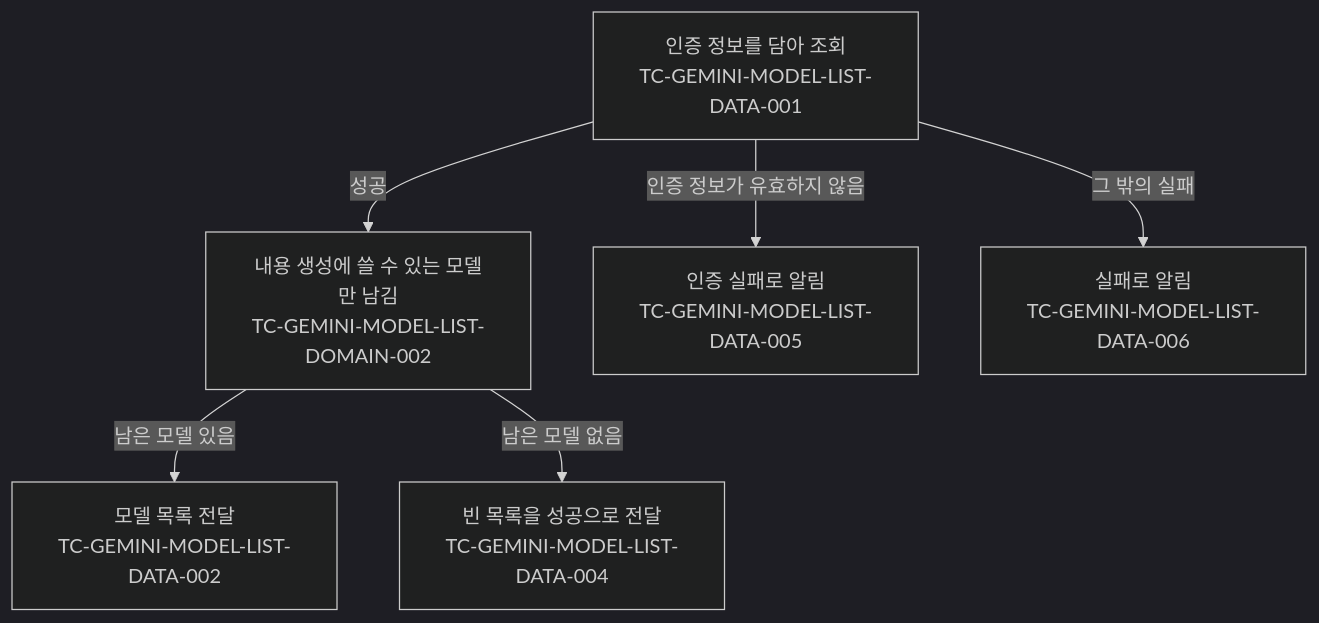
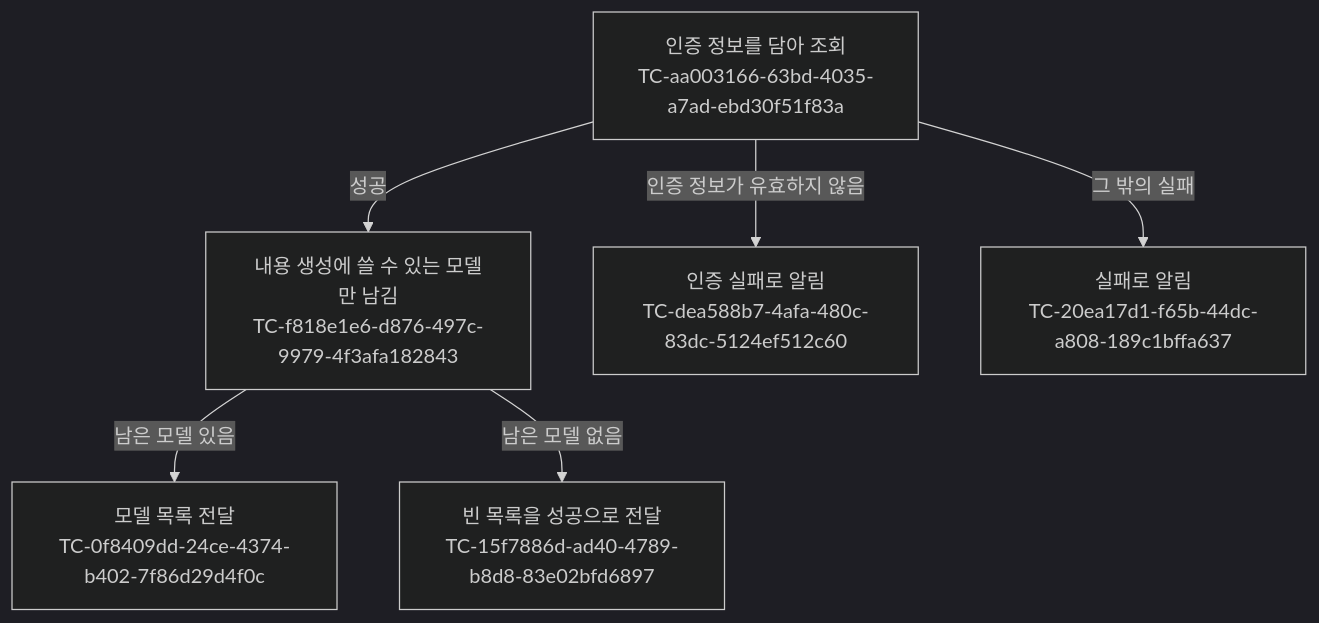
The diagram in docs/testcase/gemini-model-list.md (taetae98coding/DiaryKMP), drawn with Mermaid (dark theme) before and after one commit. The commit also changed other lines of this file and 1177 other files, not shown here.

````diff
--- a/docs/testcase/gemini-model-list.md
+++ b/docs/testcase/gemini-model-list.md
@@ -122,8 +122,8 @@
 ```mermaid
 flowchart TD
-    Call["인증 정보를 담아 조회<br/>TC-GEMINI-MODEL-LIST-DATA-001"] -- "성공" --> Filter["내용 생성에 쓸 수 있는 모델만 남김<br/>TC-GEMINI-MODEL-LIST-DOMAIN-002"]
-    Filter -- "남은 모델 있음" --> Res["모델 목록 전달<br/>TC-GEMINI-MODEL-LIST-DATA-002"]
-    Filter -- "남은 모델 없음" --> Empty["빈 목록을 성공으로 전달<br/>TC-GEMINI-MODEL-LIST-DATA-004"]
-    Call -- "인증 정보가 유효하지 않음" --> Auth["인증 실패로 알림<br/>TC-GEMINI-MODEL-LIST-DATA-005"]
-    Call -- "그 밖의 실패" --> Other["실패로 알림<br/>TC-GEMINI-MODEL-LIST-DATA-006"]
+    Call["인증 정보를 담아 조회<br/>TC-aa003166-63bd-4035-a7ad-ebd30f51f83a"] -- "성공" --> Filter["내용 생성에 쓸 수 있는 모델만 남김<br/>TC-f818e1e6-d876-497c-9979-4f3afa182843"]
+    Filter -- "남은 모델 있음" --> Res["모델 목록 전달<br/>TC-0f8409dd-24ce-4374-b402-7f86d29d4f0c"]
+    Filter -- "남은 모델 없음" --> Empty["빈 목록을 성공으로 전달<br/>TC-15f7886d-ad40-4789-b8d8-83e02bfd6897"]
+    Call -- "인증 정보가 유효하지 않음" --> Auth["인증 실패로 알림<br/>TC-dea588b7-4afa-480c-83dc-5124ef512c60"]
+    Call -- "그 밖의 실패" --> Other["실패로 알림<br/>TC-20ea17d1-f65b-44dc-a808-189c1bffa637"]
 ```
````
